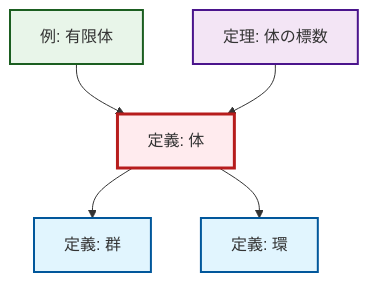
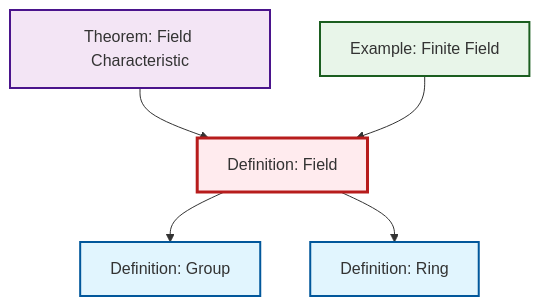
Before and after one commit to RK0429/ModernMath: the diagram in content/ja/algebra/def-field.qmd, drawn with Mermaid. The commit also changed 203 other files, not shown here.

````diff
--- a/content/ja/algebra/def-field.qmd
+++ b/content/ja/algebra/def-field.qmd
@@ -55,24 +55,19 @@
 ```{mermaid}
-%%| fig-cap: "局所依存関係グラフ"
+%%| fig-cap: "Local dependency graph"
 graph TD
     classDef definition fill:#e1f5fe,stroke:#01579b,stroke-width:2px
     classDef theorem fill:#f3e5f5,stroke:#4a148c,stroke-width:2px
     classDef axiom fill:#fff3e0,stroke:#e65100,stroke-width:2px
     classDef example fill:#e8f5e9,stroke:#1b5e20,stroke-width:2px
     classDef current fill:#ffebee,stroke:#b71c1c,stroke-width:3px
-    def-ring["定義: 環"]:::definition
-    def-group["定義: 群"]:::definition
-    def-field["定義: 体"]:::definition
-    thm-field-characteristic["定理: 体の標数"]:::theorem
-    ex-finite-field["例: 有限体"]:::example
+    def-group["Definition: Group"]:::definition
+    ex-finite-field["Example: Finite Field"]:::example
+    thm-field-characteristic["Theorem: Field Characteristic"]:::theorem
+    def-ring["Definition: Ring"]:::definition
+    def-field["Definition: Field"]:::definition
     def-field --> def-group
-    ex-finite-field --> def-field
     thm-field-characteristic --> def-field
     def-field --> def-ring
+    ex-finite-field --> def-field
     class def-field current
-
-    click def-ring "def-ring.html" "環の定義へ"
-    click def-group "def-group.html" "群の定義へ"
-    click thm-field-characteristic "thm-field-characteristic.html" "体の標数の定理へ"
-    click ex-finite-field "ex-finite-field.html" "有限体の例へ"
 ```
````
